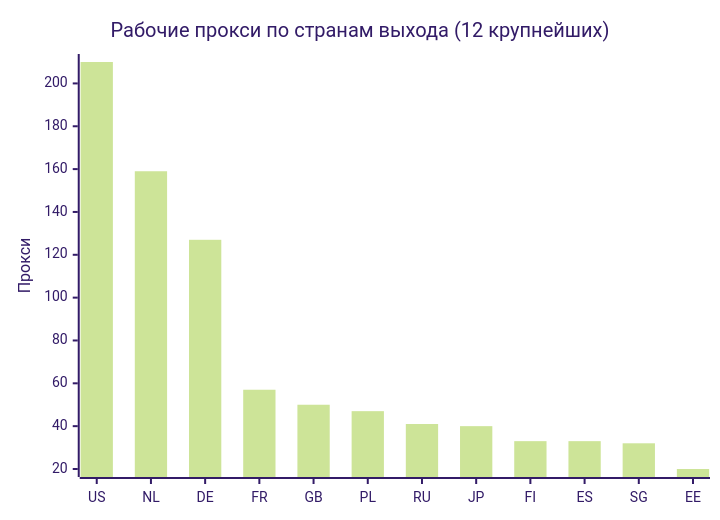
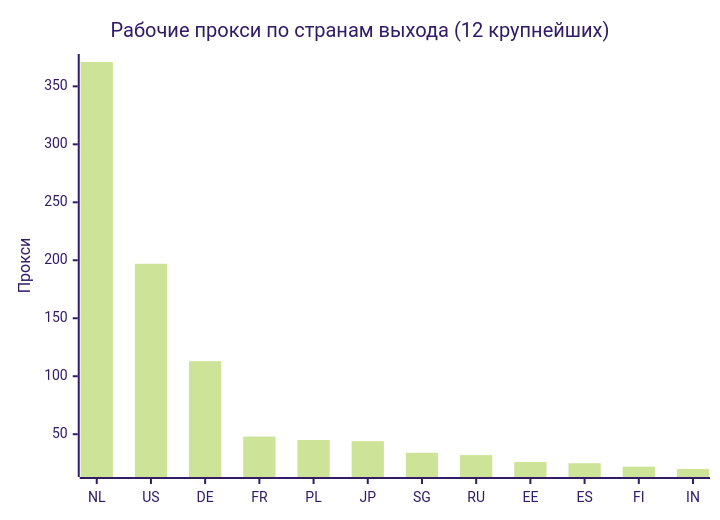
One commit to rvvg/proxy-subs changed the second of 4 diagrams in README.md. Above: the diagram before and after it, drawn with Mermaid (forest theme). The commit also changed other lines of this file and 49 other files, not shown here.

````diff
--- a/README.md
+++ b/README.md
@@ -130,7 +128,7 @@
 ```mermaid
 xychart-beta
     title "Рабочие прокси по странам выхода (12 крупнейших)"
-    x-axis ["US", "NL", "DE", "FR", "GB", "PL", "RU", "JP", "FI", "ES", "SG", "EE"]
+    x-axis ["NL", "US", "DE", "FR", "PL", "JP", "SG", "RU", "EE", "ES", "FI", "IN"]
     y-axis "Прокси"
-    bar [210, 159, 127, 57, 50, 47, 41, 40, 33, 33, 32, 20]
+    bar [371, 197, 113, 48, 45, 44, 34, 32, 26, 25, 22, 20]
 ```
````
